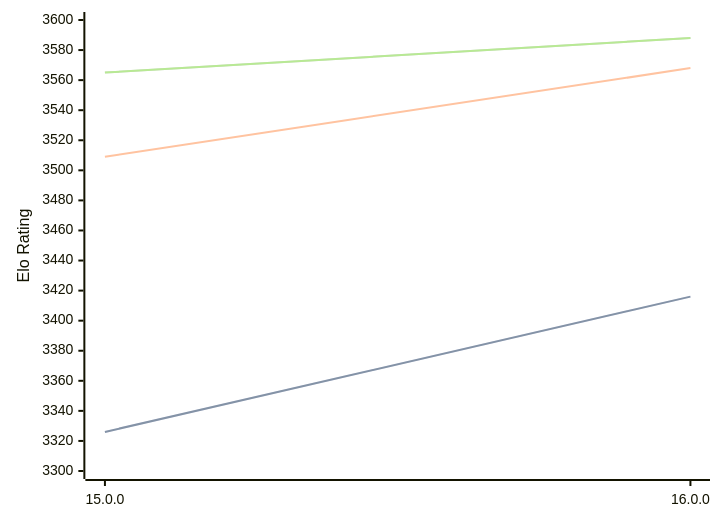
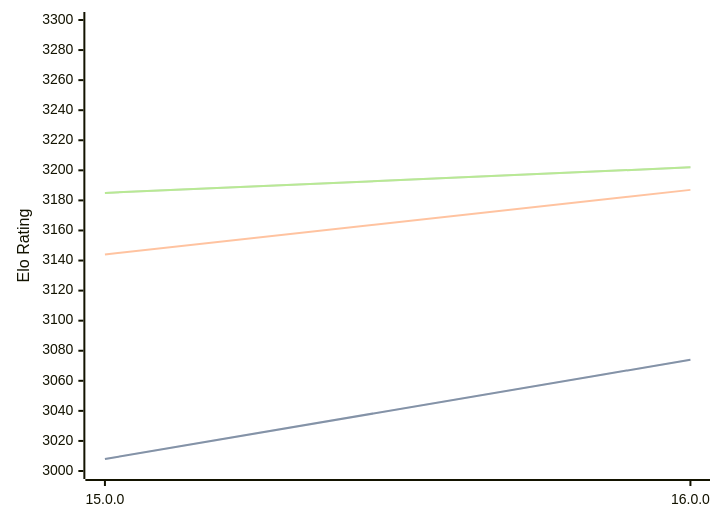
The diagram in engines/Halogen.md (computer-chess-index/cci), drawn with Mermaid before and after one commit. The commit also changed other lines of this file, not shown here.

Commit message:
Update CCI Ratings (ELO VLTC) - 2026-02-23

````diff
--- a/engines/Halogen.md
+++ b/engines/Halogen.md
@@ -47,11 +47,11 @@
 ```mermaid
 %%{init: {"theme":"base","themeVariables":{"seriesColors:['#a3a3a3','#222221','#faa371']}}}%%
 xychart-beta
   x-axis ["15.0.0", "16.0.0"]
-  y-axis "Elo Rating" 3300 --> 3600
-  line "STC (8.0+0.08s)" [3326, 3416]
-  line "STC (8.0+0.08s)" [3326, 3416]
-  line "LTC (60.0+0.60s)" [3509, 3568]
-  line "VLTC (2m24s+1.12s)" [3565, 3588]
-  line "VLTC (2m24s+1.12s)" [3565, 3588]
+  y-axis "Elo Rating" 3000 --> 3300
+  line "STC (8.0+0.08s)" [3008, 3074]
+  line "STC (8.0+0.08s)" [3008, 3074]
+  line "LTC (60.0+0.60s)" [3144, 3187]
+  line "VLTC (2m24s+1.12s)" [3185, 3202]
+  line "VLTC (2m24s+1.12s)" [3185, 3202]
 ```
````
